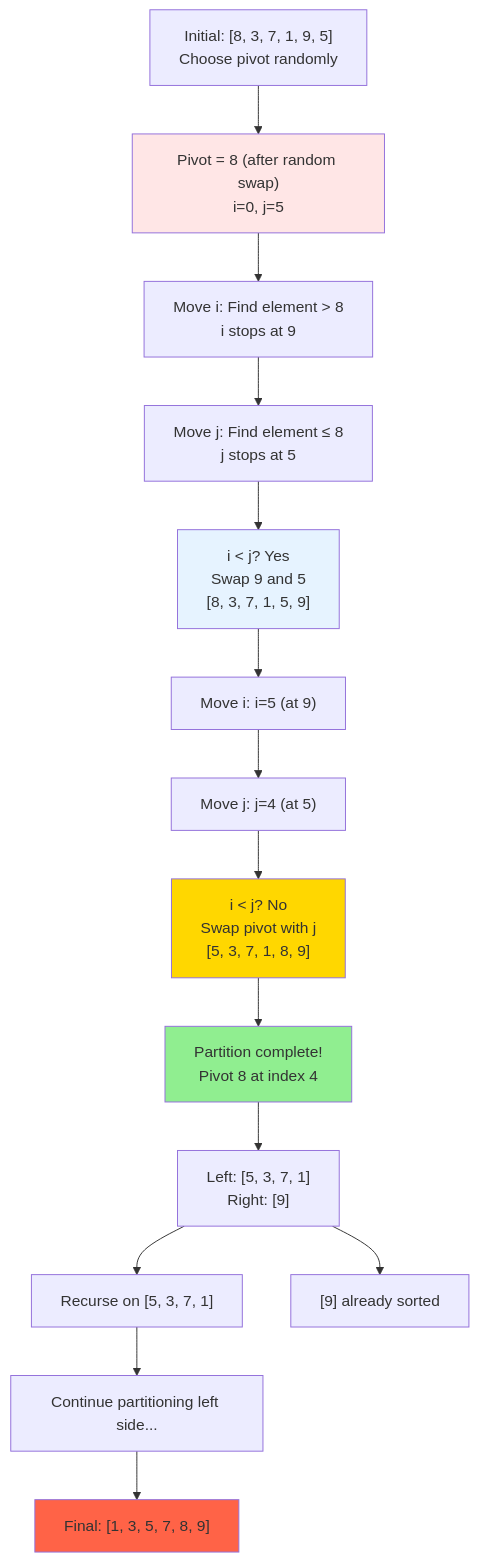
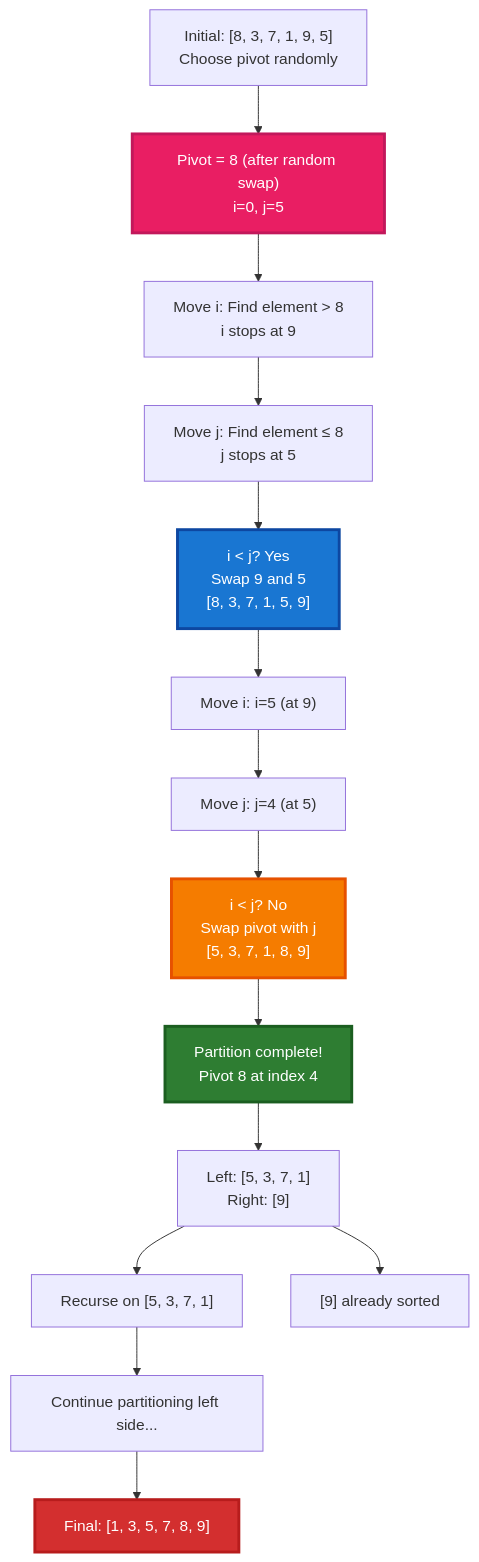
Before and after one commit to pentoshi007/tuf: the tenth of 13 diagrams in dsa/Advanced/sorting/README.md, drawn with Mermaid. The commit also changed other lines of this file, not shown here.

First line of the commit message:
Improve visibility of Mermaid diagrams with better color contrast

````diff
--- a/dsa/Advanced/sorting/README.md
+++ b/dsa/Advanced/sorting/README.md
@@ -718,28 +732,28 @@
 ```mermaid
 graph TD
     A["Initial: [8, 3, 7, 1, 9, 5]<br/>Choose pivot randomly"] --> B["Pivot = 8 (after random swap)<br/>i=0, j=5"]
-    
+
     B --> C["Move i: Find element > 8<br/>i stops at 9"]
     C --> D["Move j: Find element ≤ 8<br/>j stops at 5"]
     D --> E["i < j? Yes<br/>Swap 9 and 5<br/>[8, 3, 7, 1, 5, 9]"]
-    
+
     E --> F["Move i: i=5 (at 9)"]
     F --> G["Move j: j=4 (at 5)"]
     G --> H["i < j? No<br/>Swap pivot with j<br/>[5, 3, 7, 1, 8, 9]"]
-    
+
     H --> I["Partition complete!<br/>Pivot 8 at index 4"]
-    
+
     I --> J["Left: [5, 3, 7, 1]<br/>Right: [9]"]
-    
+
     J --> K["Recurse on [5, 3, 7, 1]"]
     J --> L["[9] already sorted"]
-    
+
     K --> M["Continue partitioning left side..."]
     M --> N["Final: [1, 3, 5, 7, 8, 9]"]
-    
-    style B fill:#FFE6E6
-    style E fill:#E6F3FF
-    style H fill:#FFD700
-    style I fill:#90EE90
-    style N fill:#FF6347
+
+    style B fill:#E91E63,stroke:#C2185B,stroke-width:3px,color:#fff
+    style E fill:#1976D2,stroke:#0D47A1,stroke-width:3px,color:#fff
+    style H fill:#F57C00,stroke:#E65100,stroke-width:3px,color:#fff
+    style I fill:#2E7D32,stroke:#1B5E20,stroke-width:3px,color:#fff
+    style N fill:#D32F2F,stroke:#B71C1C,stroke-width:3px,color:#fff
 ```
````
